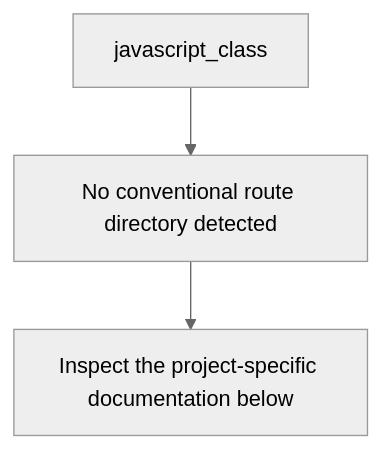
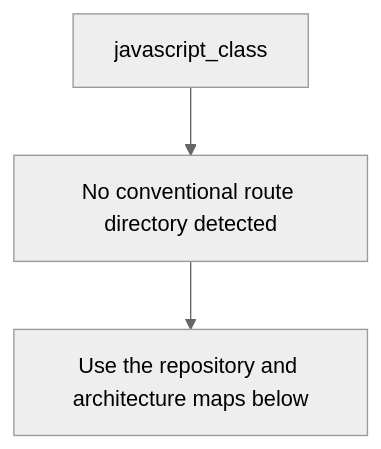
One commit to Nischhalsubba/javascript_class changed the second of 5 diagrams in README.md. Above: the diagram before and after it, drawn with Mermaid (neutral theme). The commit also changed other lines of this file, not shown here.

````diff
--- a/README.md
+++ b/README.md
@@ -47,6 +81,6 @@
 ```mermaid
 flowchart TD
     APP["javascript_class"]
     APP --> SOURCE["No conventional route directory detected"]
-    SOURCE --> VERIFY["Inspect the project-specific documentation below"]
+    SOURCE --> GUIDE["Use the repository and architecture maps below"]
 ```
````
